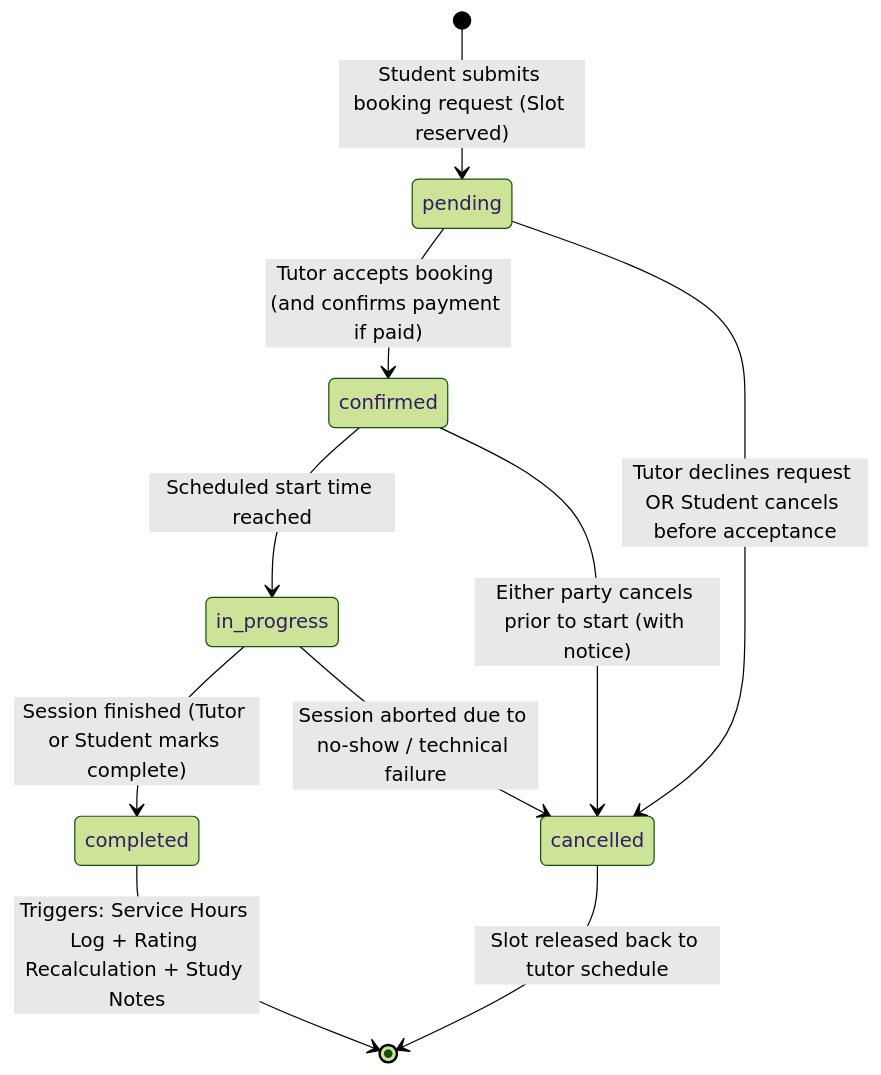
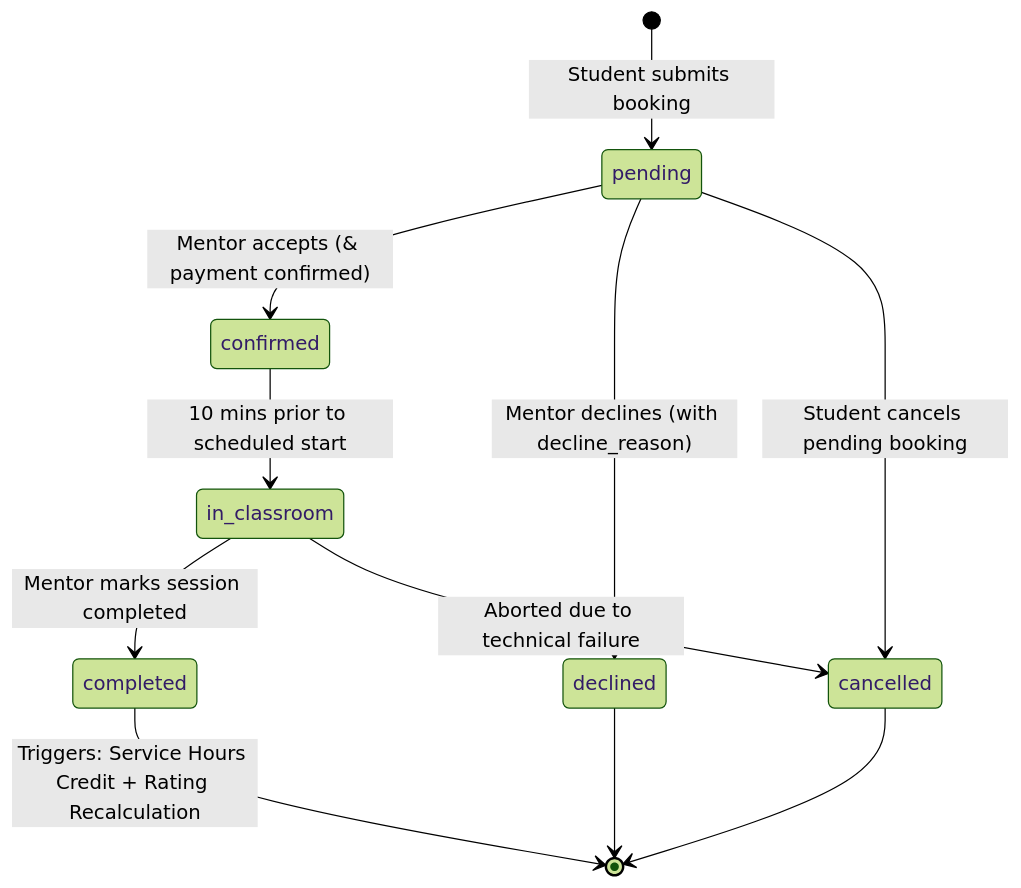
Before and after one commit to jaynzxc/MentorshipTutoringApp: the fifth of 5 diagrams in docs/system_flowchart.md, drawn with Mermaid (forest theme). The commit also changed other lines of this file and 23 other files, not shown here.

````diff
--- a/docs/system_flowchart.md
+++ b/docs/system_flowchart.md
@@ -206,16 +162,13 @@
 ```mermaid
 stateDiagram-v2
-    [*] --> pending : Student submits booking request (Slot reserved)
-
-    pending --> confirmed : Tutor accepts booking (and confirms payment if paid)
-    pending --> cancelled : Tutor declines request OR Student cancels before acceptance
-
-    confirmed --> in_progress : Scheduled start time reached
-    confirmed --> cancelled : Either party cancels prior to start (with notice)
-
-    in_progress --> completed : Session finished (Tutor or Student marks complete)
-    in_progress --> cancelled : Session aborted due to no-show / technical failure
-
-    completed --> [*] : Triggers: Service Hours Log + Rating Recalculation + Study Notes
-    cancelled --> [*] : Slot released back to tutor schedule
+    [*] --> pending : Student submits booking
+    pending --> confirmed : Mentor accepts (& payment confirmed)
+    pending --> declined : Mentor declines (with decline_reason)
+    pending --> cancelled : Student cancels pending booking
+    confirmed --> in_classroom : 10 mins prior to scheduled start
+    in_classroom --> completed : Mentor marks session completed
+    in_classroom --> cancelled : Aborted due to technical failure
+    completed --> [*] : Triggers: Service Hours Credit + Rating Recalculation
+    declined --> [*]
+    cancelled --> [*]
 ```
````
